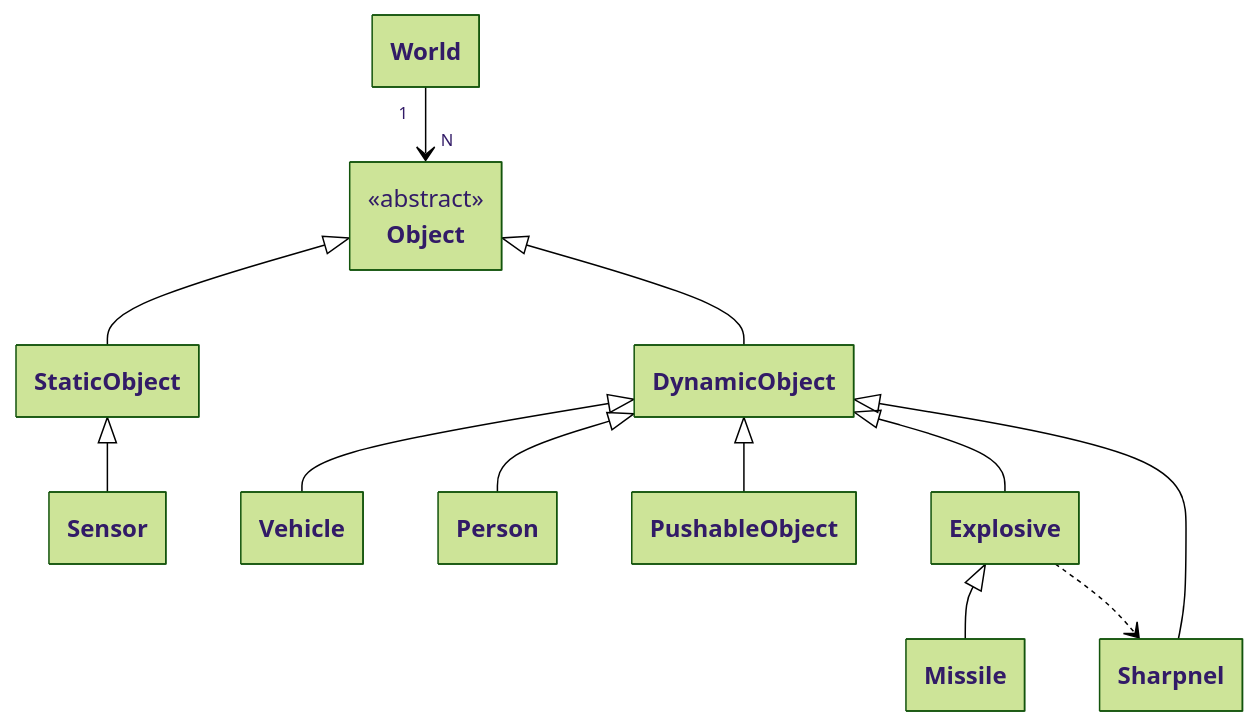
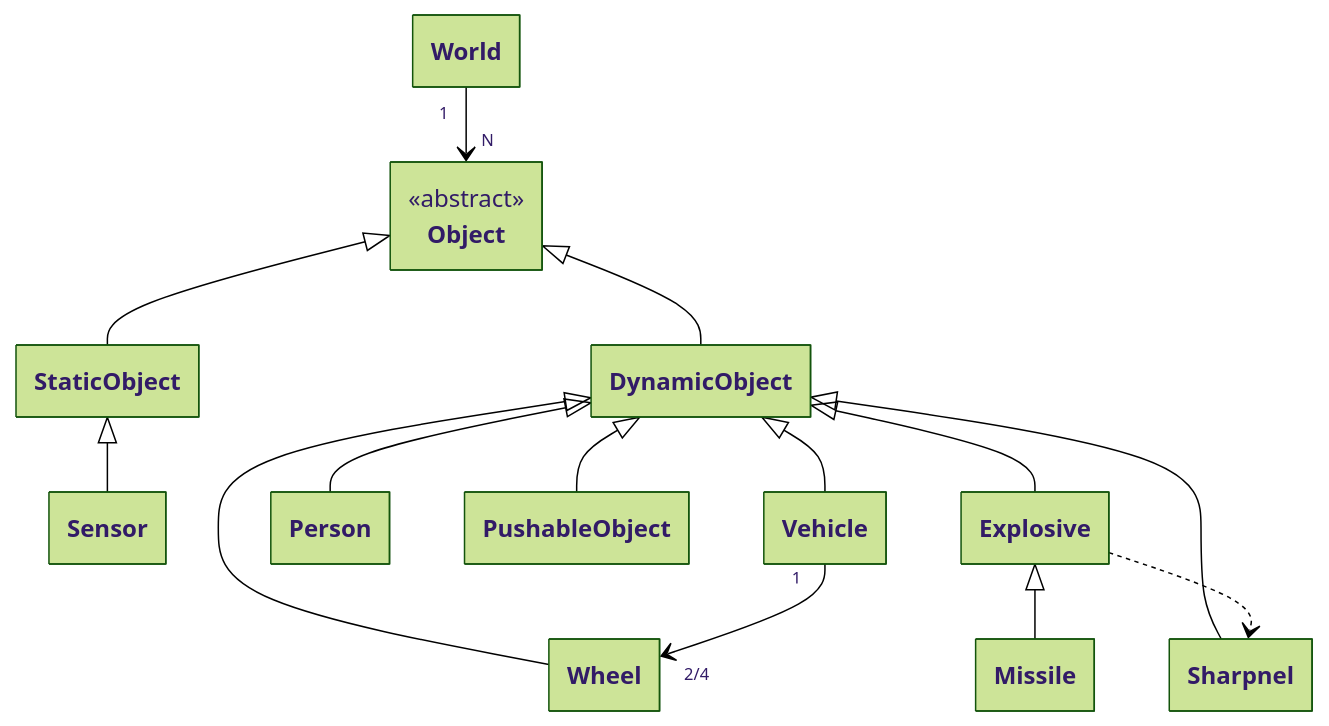
The diagram in topdown/README.md (andrenho/rt), drawn with Mermaid (forest theme) before and after one commit.

````diff
--- a/topdown/README.md
+++ b/topdown/README.md
@@ -3,21 +3,23 @@
 ```mermaid
 ---
   config:
     class:
       hideEmptyMembersBox: true
 ---
 classDiagram
     World "1" --> "N" Object
     Object <|-- StaticObject
     StaticObject <|-- Sensor
     Object <|-- DynamicObject
     DynamicObject <|-- Vehicle
     DynamicObject <|-- Person
     DynamicObject <|-- PushableObject
     DynamicObject <|-- Explosive
     Explosive <|-- Missile
     DynamicObject <|-- Sharpnel
     Explosive ..> Sharpnel
+    DynamicObject <|-- Wheel
+    Vehicle "1" --> "2/4" Wheel
     
     <<abstract>> Object
 ```
````
